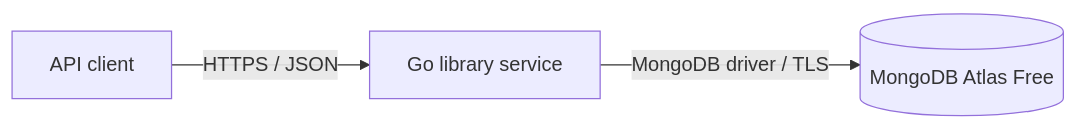
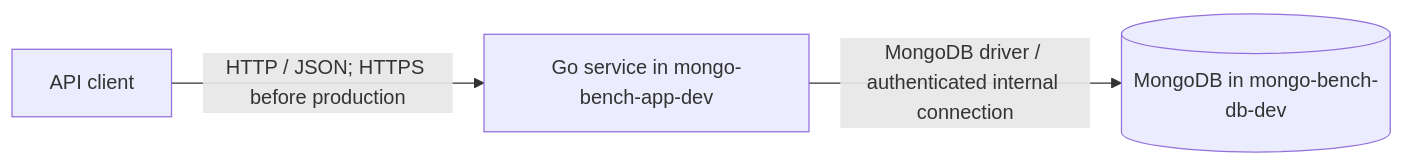
One commit to dfcut8/mongo-bench changed the diagram in docs/architecture.md. Above: the diagram before and after it, drawn with Mermaid. The commit also changed other lines of this file and 42 other files, not shown here.

````diff
--- a/docs/architecture.md
+++ b/docs/architecture.md
@@ -11,5 +11,5 @@
 ```mermaid
 flowchart LR
-    Client[API client] -->|HTTPS / JSON| API[Go library service]
-    API -->|MongoDB driver / TLS| DB[(MongoDB Atlas Free)]
+    Client[API client] -->|HTTP / JSON; HTTPS before production| API[Go service in mongo-bench-app-dev]
+    API -->|MongoDB driver / authenticated internal connection| DB[(MongoDB in mongo-bench-db-dev)]
 ```
````
